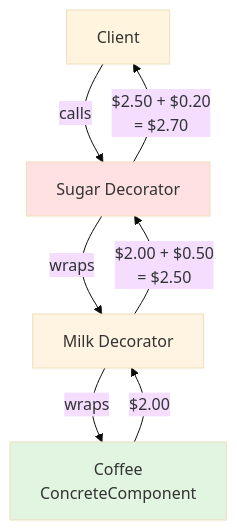
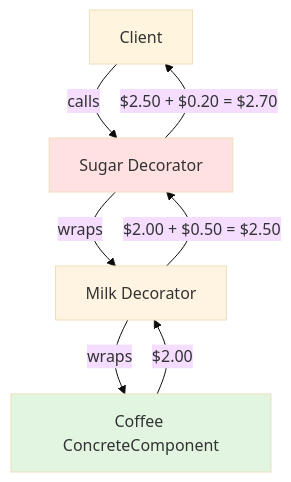
Before and after one commit to Brebu/Quizz: diagram 20 of 55 in chapters/cap13-design-patterns-diag.md, drawn with Mermaid (base theme). The commit also changed other lines of this file and 1 other file, not shown here.

````diff
--- a/chapters/cap13-design-patterns-diag.md
+++ b/chapters/cap13-design-patterns-diag.md
@@ -634,19 +634,19 @@
 ```mermaid
 graph TB
     C[Client]
     D1[Sugar Decorator]
     D2[Milk Decorator]
-    CC[Coffee<br/>ConcreteComponent]
+    CC[Coffee ConcreteComponent]
     
     C -->|calls| D1
     D1 -->|wraps| D2
     D2 -->|wraps| CC
     
     CC -->|$2.00| D2
-    D2 -->|$2.00 + $0.50<br/>= $2.50| D1
-    D1 -->|$2.50 + $0.20<br/>= $2.70| C
+    D2 -->|$2.00 + $0.50 = $2.50| D1
+    D1 -->|$2.50 + $0.20 = $2.70| C
     
     style CC fill:#e1f5e1
     style D2 fill:#fff4e1
     style D1 fill:#ffe1e1
 ```
````
